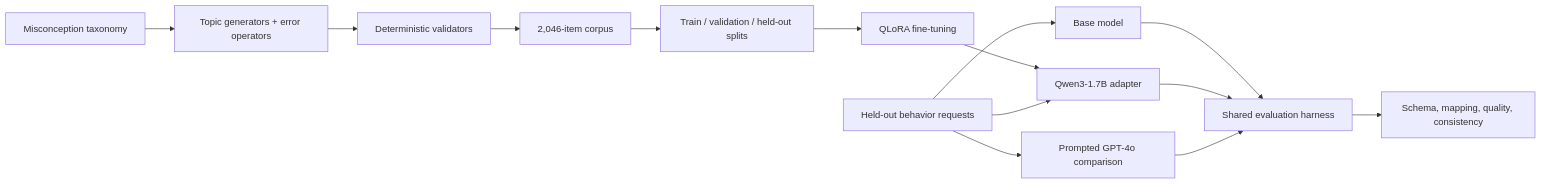
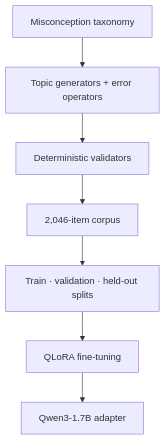
One commit to gabriel-xiong/QuestionGen changed the first of 2 diagrams in README.md. Above: the diagram before and after it, drawn with Mermaid. The commit also changed other lines of this file, not shown here.

Commit message:
docs: improve architecture diagram readability

````diff
--- a/README.md
+++ b/README.md
@@ -26,17 +28,10 @@
 ```mermaid
-flowchart LR
-    M[Misconception taxonomy] --> G[Topic generators + error operators]
-    G --> V[Deterministic validators]
-    V --> D[2,046-item corpus]
-    D --> S[Train / validation / held-out splits]
-    S --> Q[QLoRA fine-tuning]
-    Q --> T[Qwen3-1.7B adapter]
-
-    P[Held-out behavior requests] --> B[Base model]
-    P --> T
-    P --> F[Prompted GPT-4o comparison]
-    B --> E[Shared evaluation harness]
-    T --> E
-    F --> E
-    E --> R[Schema, mapping, quality, consistency]
+flowchart TB
+    A["Misconception taxonomy"]
+    A --> B["Topic generators + error operators"]
+    B --> C["Deterministic validators"]
+    C --> D["2,046-item corpus"]
+    D --> E["Train · validation · held-out splits"]
+    E --> F["QLoRA fine-tuning"]
+    F --> G["Qwen3-1.7B adapter"]
 ```
````
